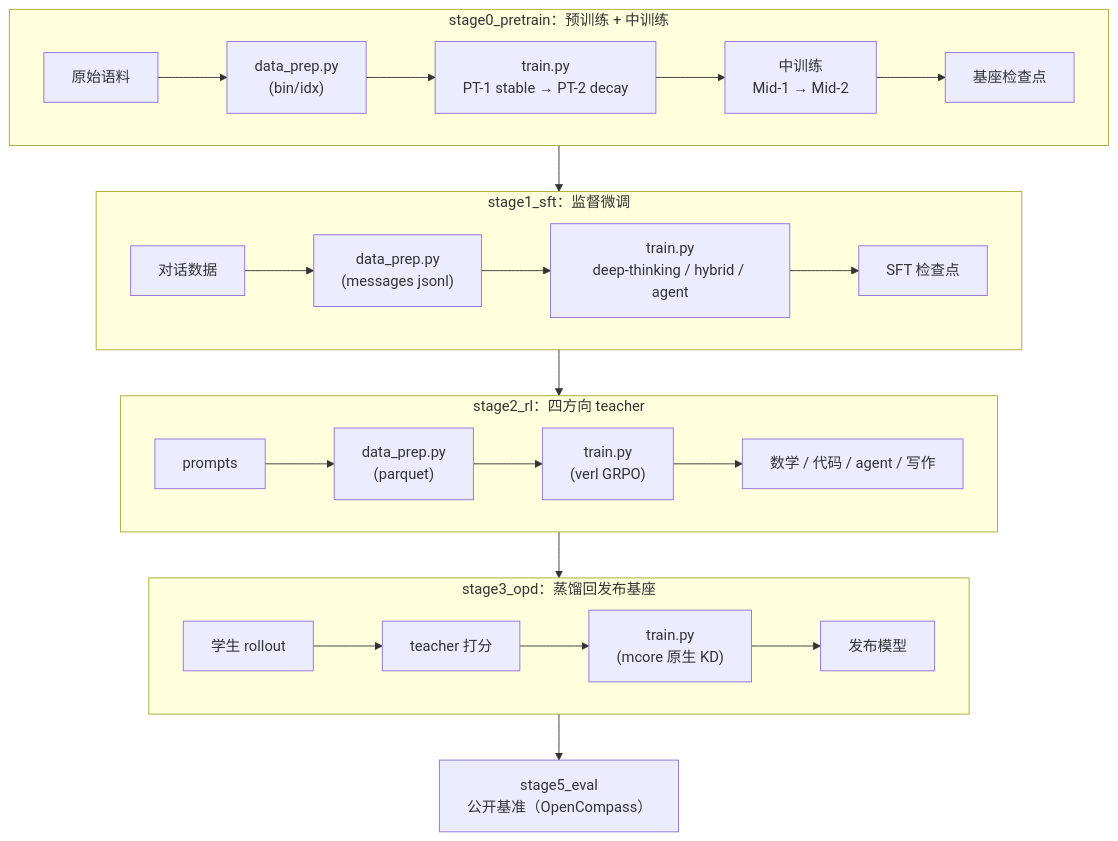
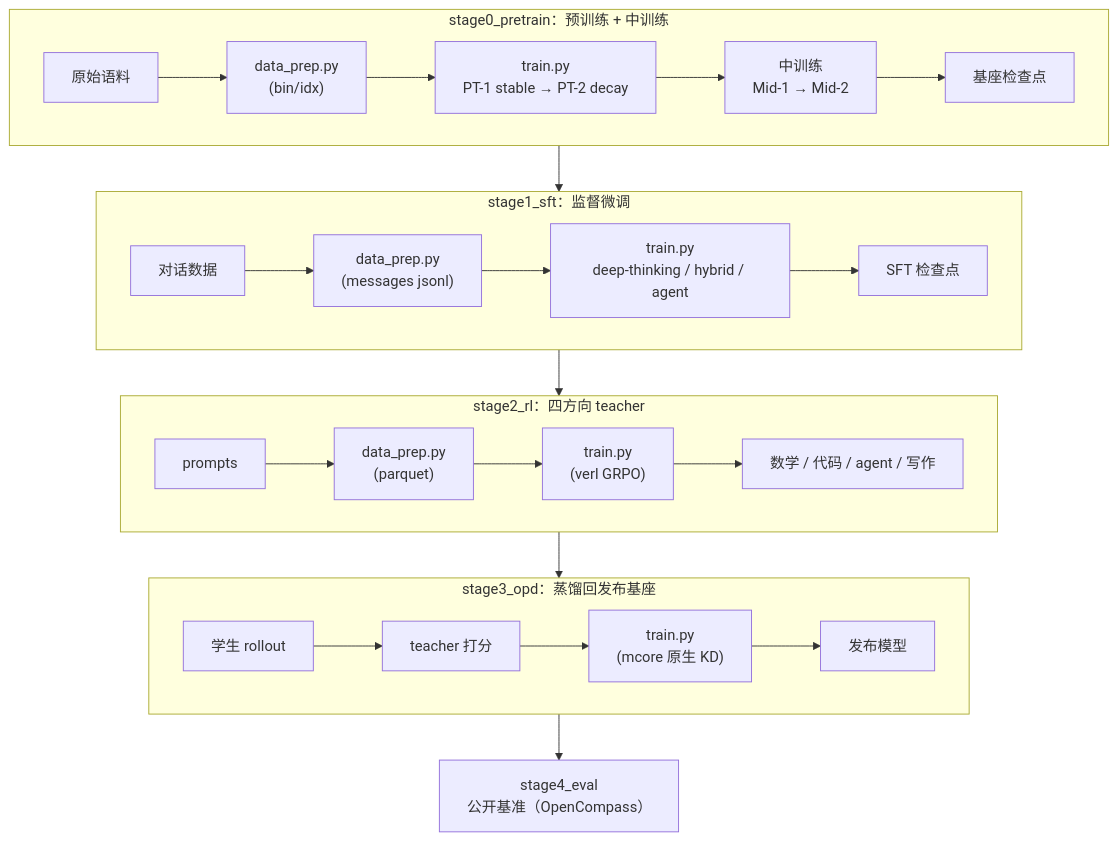
The diagram in src/shensi/recipes/paper/looma/README.md (zongzhilou/shensi), drawn with Mermaid before and after one commit. The commit also changed other lines of this file and 37 other files, not shown here.

````diff
--- a/src/shensi/recipes/paper/looma/README.md
+++ b/src/shensi/recipes/paper/looma/README.md
@@ -49,23 +49,23 @@
 ```mermaid
 flowchart TB
     subgraph stage0["stage0_pretrain：预训练 + 中训练"]
         direction LR
         raw["原始语料"] --> dp0["data_prep.py<br/>(bin/idx)"] --> t0["train.py<br/>PT-1 stable → PT-2 decay"] --> m0["中训练<br/>Mid-1 → Mid-2"] --> base["基座检查点"]
     end
     subgraph stage1["stage1_sft：监督微调"]
         direction LR
         inst["对话数据"] --> dp1["data_prep.py<br/>(messages jsonl)"] --> t1["train.py<br/>deep-thinking / hybrid / agent"] --> sft["SFT 检查点"]
     end
     subgraph stage2["stage2_rl：四方向 teacher"]
         direction LR
         rl["prompts"] --> dp2["data_prep.py<br/>(parquet)"] --> t2["train.py<br/>(verl GRPO)"] --> teach["数学 / 代码 / agent / 写作"]
     end
     subgraph stage3["stage3_opd：蒸馏回发布基座"]
         direction LR
         roll["学生 rollout"] --> score["teacher 打分"] --> t3["train.py<br/>(mcore 原生 KD)"] --> pub["发布模型"]
     end
     base --> t1
     sft --> t2
     teach --> t3
-    pub --> eval5["stage5_eval<br/>公开基准（OpenCompass）"]
+    pub --> eval5["stage4_eval<br/>公开基准（OpenCompass）"]
 ```
````
